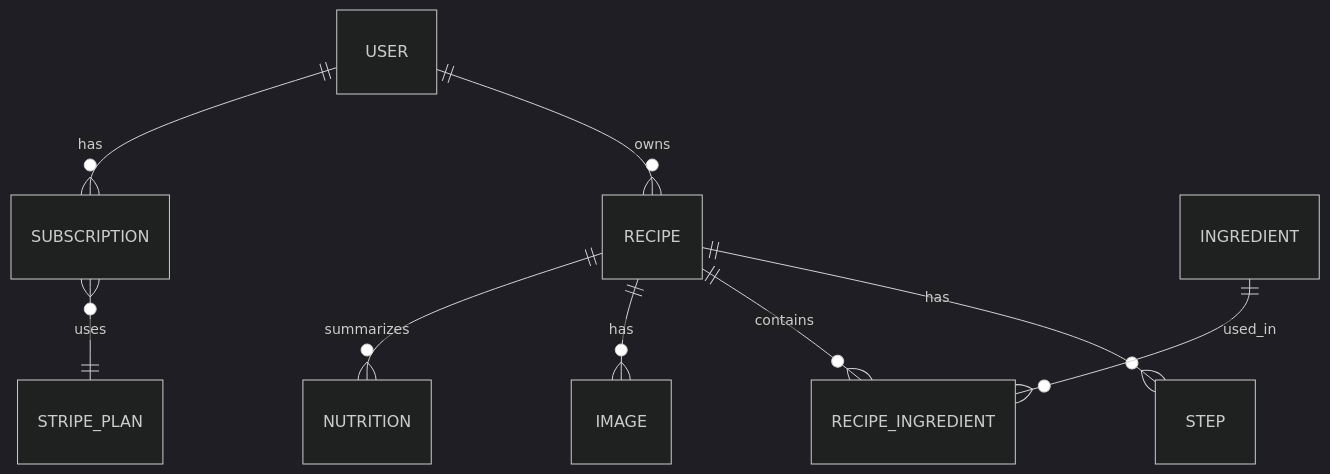
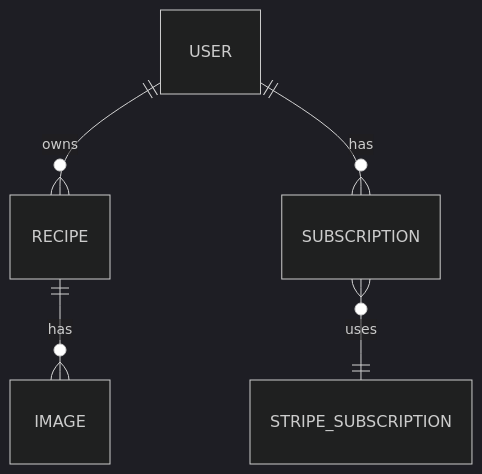
One commit to Ken-kichi/recipe_ai_app changed the third of 3 diagrams in README.md. Above: the diagram before and after it, drawn with Mermaid (dark theme). The commit also changed other lines of this file and 1 other file, not shown here.

````diff
--- a/README.md
+++ b/README.md
@@ -76,11 +135,7 @@
 ```mermaid
 erDiagram
     USER ||--o{ RECIPE : owns
     USER ||--o{ SUBSCRIPTION : has
-    RECIPE ||--o{ STEP : has
-    RECIPE ||--o{ RECIPE_INGREDIENT : contains
-    INGREDIENT ||--o{ RECIPE_INGREDIENT : used_in
     RECIPE ||--o{ IMAGE : has
-    RECIPE ||--o{ NUTRITION : summarizes
-    SUBSCRIPTION }o--|| STRIPE_PLAN : uses
+    SUBSCRIPTION }o--|| STRIPE_SUBSCRIPTION : uses
 ```
````
